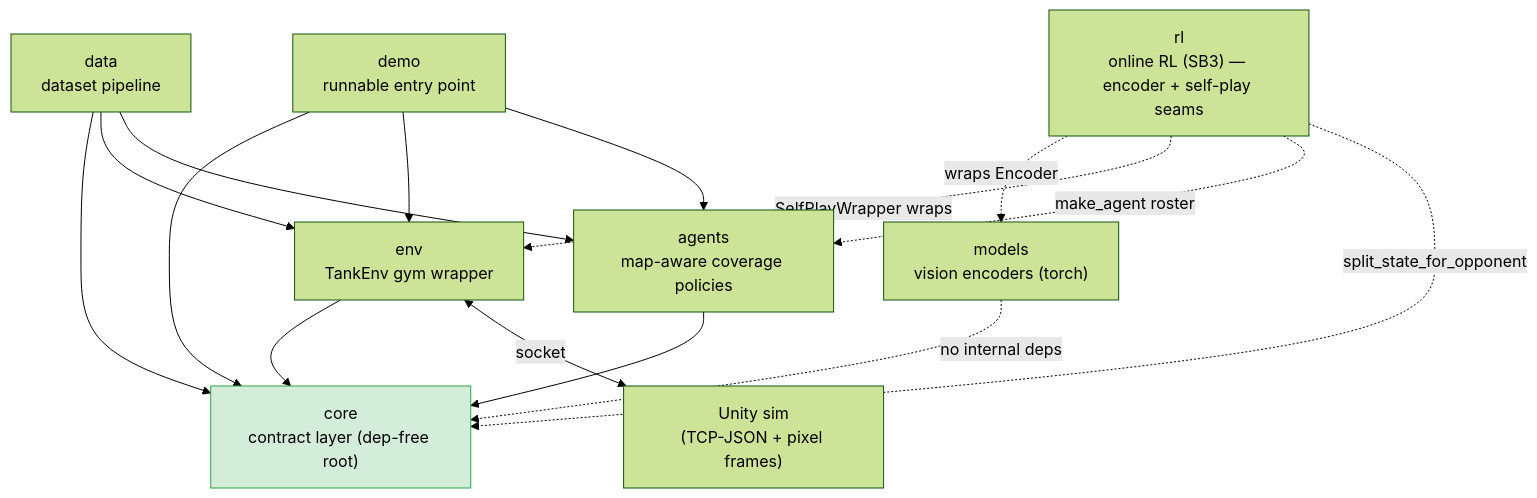
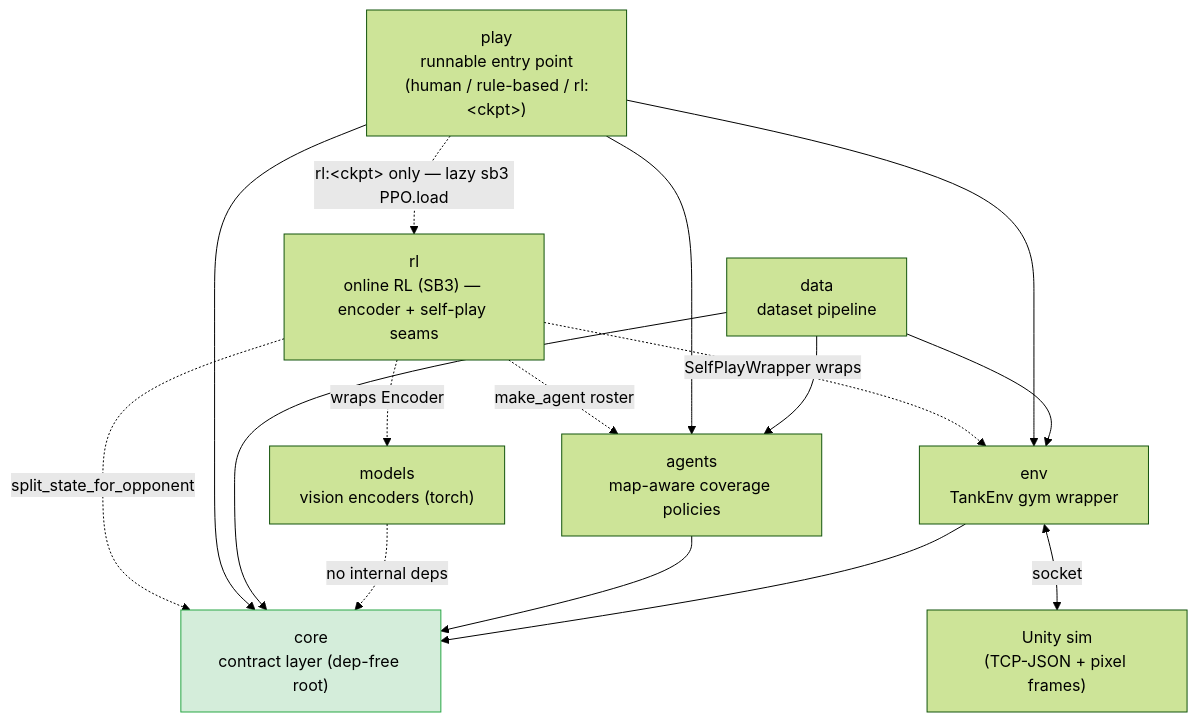
Before and after one commit to urciuolim/TankTwinStickShooter: the diagram in docs/README.md, drawn with Mermaid (forest theme). The commit also changed other lines of this file and 28 other files, not shown here.

First line of the commit message:
refactor(play): unify demo into pop_trainer.play -- human, rule-based, or trained RL

````diff
--- a/docs/README.md
+++ b/docs/README.md
@@ -24,29 +24,30 @@
 ```mermaid
 graph TD
     core["core<br/>contract layer (dep-free root)"]
     models["models<br/>vision encoders (torch)"]
     env["env<br/>TankEnv gym wrapper"]
     agents["agents<br/>map-aware coverage policies"]
     data["data<br/>dataset pipeline"]
-    demo["demo<br/>runnable entry point"]
+    play["play<br/>runnable entry point<br/>(human / rule-based / rl:&lt;ckpt&gt;)"]
     rl["rl<br/>online RL (SB3) — encoder + self-play seams"]
     unity["Unity sim<br/>(TCP-JSON + pixel frames)"]
 
     env --> core
     agents --> core
     models -.->|no internal deps| core
     data --> core
     data --> env
     data --> agents
-    demo --> core
-    demo --> env
-    demo --> agents
+    play --> core
+    play --> env
+    play --> agents
+    play -.->|"rl:&lt;ckpt&gt; only — lazy sb3 PPO.load"| rl
     rl -.->|wraps Encoder| models
     rl -.->|SelfPlayWrapper wraps| env
     rl -.->|make_agent roster| agents
     rl -.->|split_state_for_opponent| core
     env <-->|socket| unity
 
     classDef root fill:#d4edda,stroke:#28a745;
     class core root;
 ```
````
